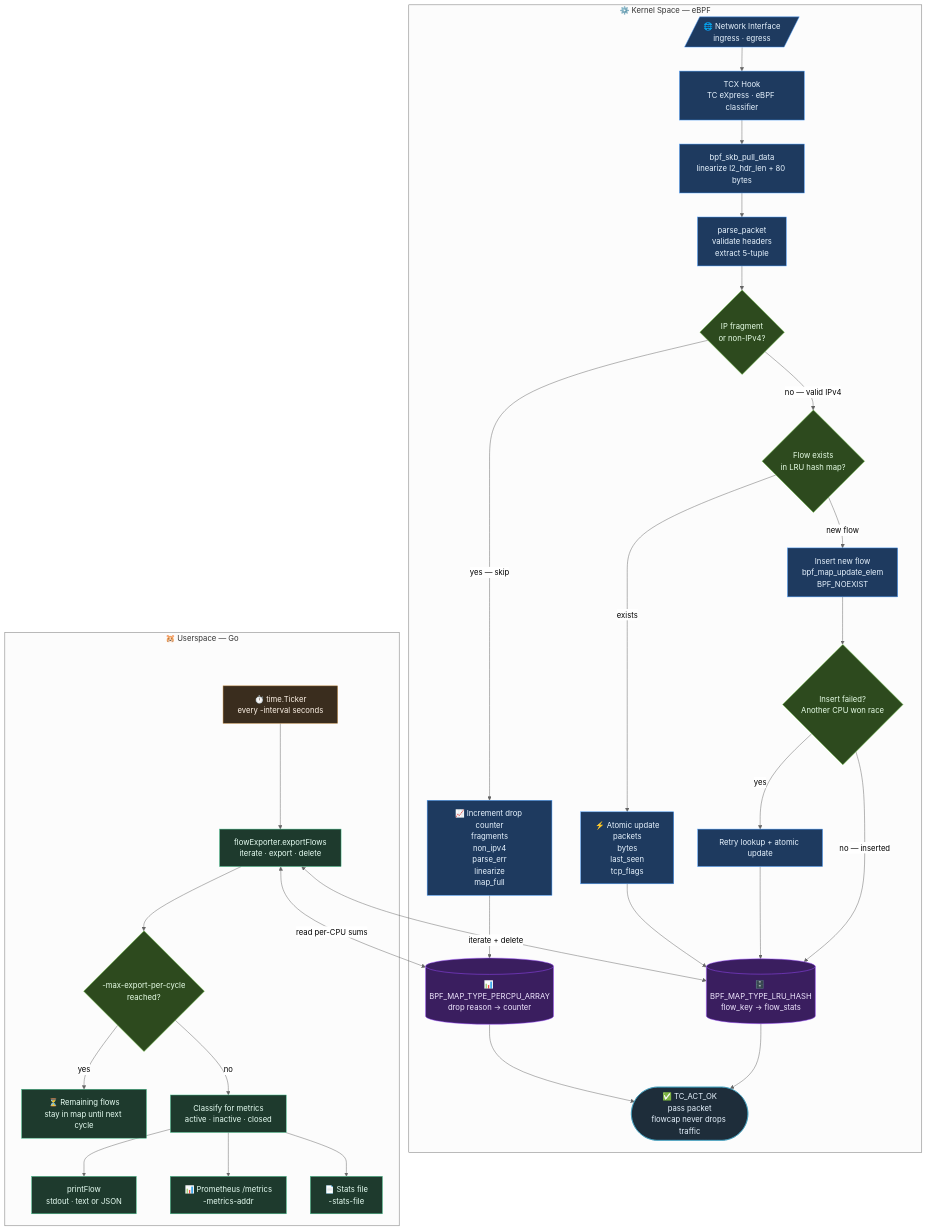
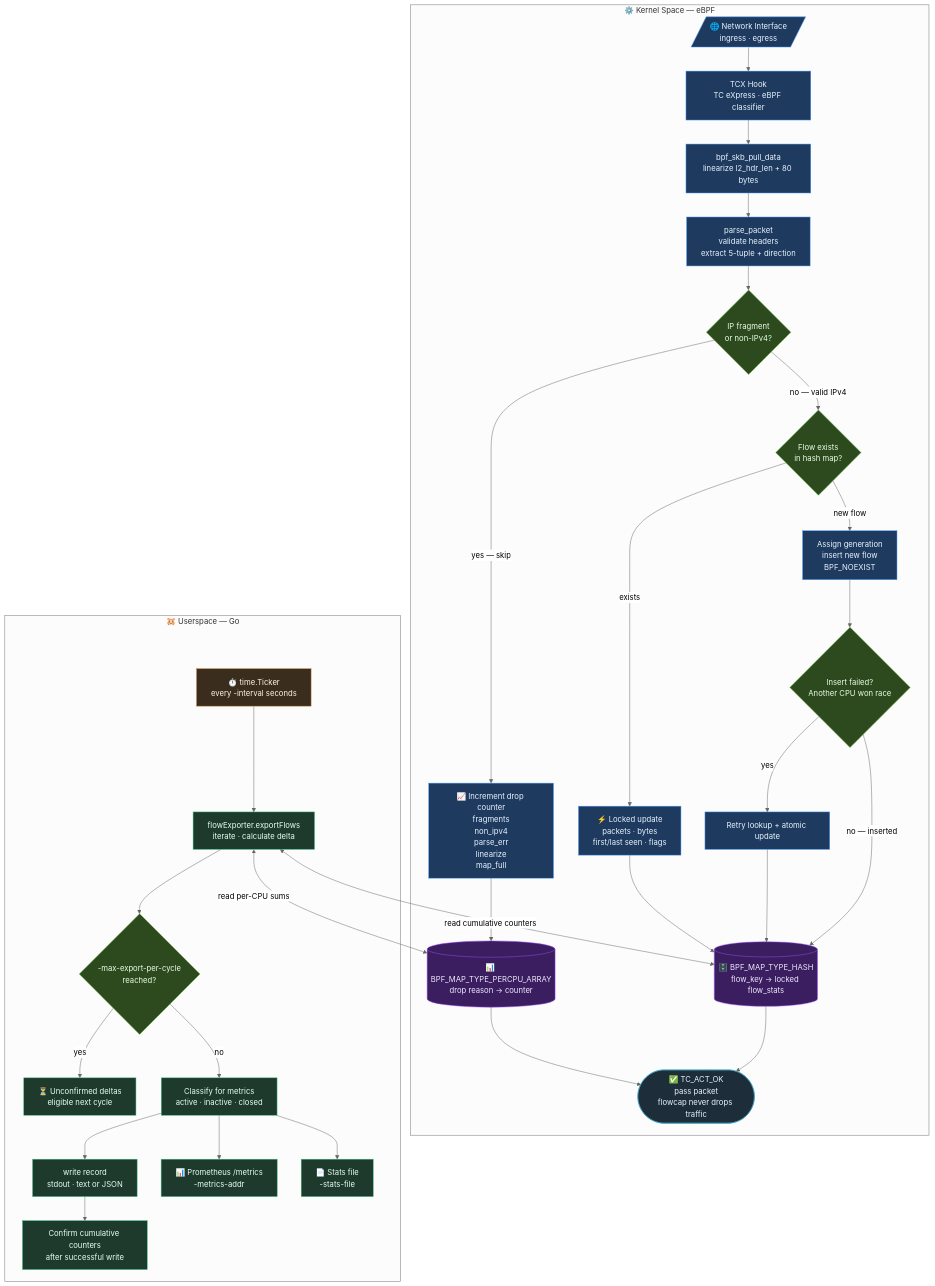
One commit to luk-kop/flowcap changed the diagram in docs/architecture.md. Above: the diagram before and after it, drawn with Mermaid (neutral theme). The commit also changed other lines of this file and 29 other files, not shown here.

Commit message:
feat: add directional flows and reliable delta export (#29)

````diff
--- a/docs/architecture.md
+++ b/docs/architecture.md
@@ -3,64 +3,65 @@
 ```mermaid
 flowchart TD
     subgraph KERNEL["⚙️ Kernel Space — eBPF"]
         NIC[/"🌐 Network Interface<br/>ingress · egress"/]
         TC["TCX Hook<br/>TC eXpress · eBPF classifier"]
         PULL["bpf_skb_pull_data<br/>linearize l2_hdr_len + 80 bytes"]
-        PARSE["parse_packet<br/>validate headers<br/>extract 5-tuple"]
+        PARSE["parse_packet<br/>validate headers<br/>extract 5-tuple + direction"]
         FRAG{IP fragment<br/>or non-IPv4?}
         DROPCNT["📈 Increment drop counter<br/>fragments<br/>non_ipv4<br/>parse_err<br/>linearize<br/>map_full"]
-        LOOKUP{Flow exists<br/>in LRU hash map?}
-        UPDATE["⚡ Atomic update<br/>packets<br/>bytes<br/>last_seen<br/>tcp_flags"]
-        INSERT["Insert new flow<br/>bpf_map_update_elem<br/>BPF_NOEXIST"]
+        LOOKUP{Flow exists<br/>in hash map?}
+        UPDATE["⚡ Locked update<br/>packets · bytes<br/>first/last seen · flags"]
+        INSERT["Assign generation<br/>insert new flow<br/>BPF_NOEXIST"]
         RACE{Insert failed?<br/>Another CPU won race}
         RETRY["Retry lookup + atomic update"]
-        MAP[("🗄️ BPF_MAP_TYPE_LRU_HASH<br/>flow_key → flow_stats")]
+        MAP[("🗄️ BPF_MAP_TYPE_HASH<br/>flow_key → locked flow_stats")]
         DROPMAP[("📊 BPF_MAP_TYPE_PERCPU_ARRAY<br/>drop reason → counter")]
         ACT(["✅ TC_ACT_OK<br/>pass packet<br/>flowcap never drops traffic"])
     end
 
     subgraph USERSPACE["🐹 Userspace — Go"]
         TICKER["⏱️ time.Ticker<br/>every -interval seconds"]
-        EXPORT["flowExporter.exportFlows<br/>iterate · export · delete"]
+        EXPORT["flowExporter.exportFlows<br/>iterate · calculate delta"]
         RATELIMIT{"-max-export-per-cycle<br/>reached?"}
-        REMAINING["⏳ Remaining flows<br/>stay in map until next cycle"]
-        PRINT["printFlow<br/>stdout · text or JSON"]
+        REMAINING["⏳ Unconfirmed deltas<br/>eligible next cycle"]
+        PRINT["write record<br/>stdout · text or JSON"]
+        CONFIRM["Confirm cumulative counters<br/>after successful write"]
         CLASSIFY["Classify for metrics<br/>active · inactive · closed"]
         PROMETHEUS["📊 Prometheus /metrics<br/>-metrics-addr"]
         STATSFILE["📄 Stats file<br/>-stats-file"]
     end
 
     NIC --> TC --> PULL --> PARSE --> FRAG
     FRAG -->|yes — skip| DROPCNT --> DROPMAP --> ACT
     FRAG -->|no — valid IPv4| LOOKUP
     LOOKUP -->|exists| UPDATE --> MAP
     LOOKUP -->|new flow| INSERT --> RACE
     RACE -->|yes| RETRY --> MAP
     RACE -->|no — inserted| MAP
     MAP --> ACT
 
     TICKER --> EXPORT
-    EXPORT <-->|iterate + delete| MAP
+    EXPORT <-->|read cumulative counters| MAP
     EXPORT <-->|read per-CPU sums| DROPMAP
     EXPORT --> RATELIMIT
     RATELIMIT -->|yes| REMAINING
-    RATELIMIT -->|no| CLASSIFY --> PRINT
+    RATELIMIT -->|no| CLASSIFY --> PRINT --> CONFIRM
     CLASSIFY --> PROMETHEUS
     CLASSIFY --> STATSFILE
 
     classDef kernel fill:#1e3a5f,stroke:#4a9eff,color:#e8f4ff
     classDef decision fill:#2d4a1e,stroke:#6abf40,color:#e8ffe8
     classDef map fill:#3a1e5f,stroke:#9a4aff,color:#f0e8ff
     classDef output fill:#1e3a2d,stroke:#40bf8a,color:#e8fff4
     classDef action fill:#1e2d3a,stroke:#40a0bf,color:#e8f4ff
     classDef ticker fill:#3a2d1e,stroke:#bf8a40,color:#fff4e8
 
     class NIC,TC,PULL,PARSE,UPDATE,INSERT,RETRY kernel
     class FRAG,LOOKUP,RACE,RATELIMIT decision
     class MAP,DROPMAP map
     class DROPCNT kernel
     class ACT action
     class TICKER ticker
-    class EXPORT,PRINT,CLASSIFY,REMAINING output
+    class EXPORT,PRINT,CONFIRM,CLASSIFY,REMAINING output
     class PROMETHEUS,STATSFILE output
 ```
````
